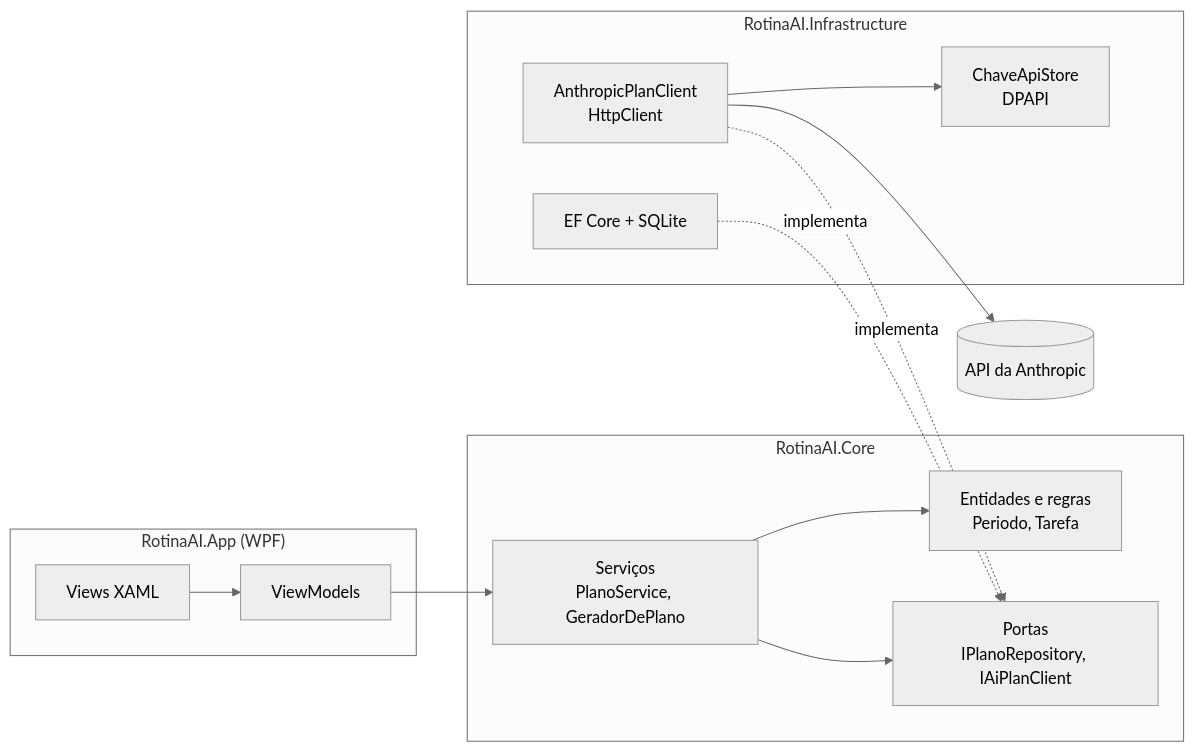
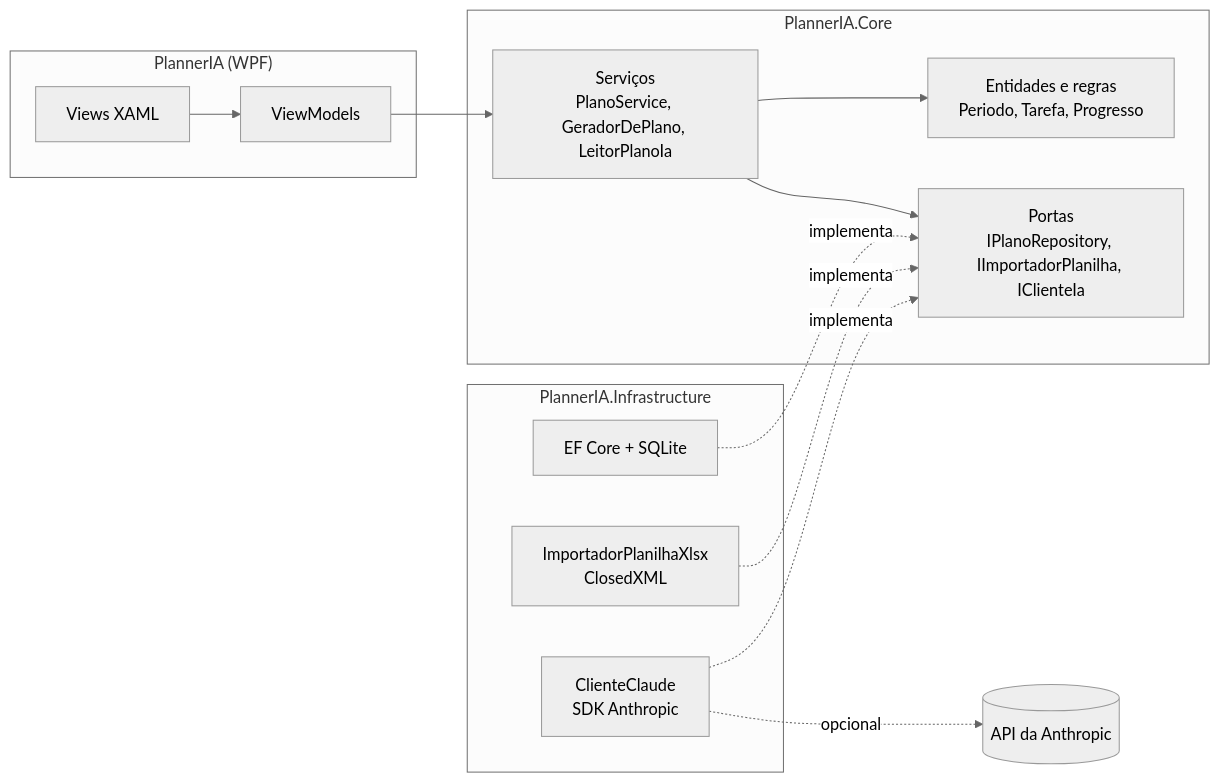
One commit to CarlosEM007/PlannerIA changed the first of 3 diagrams in README.md. Above: the diagram before and after it, drawn with Mermaid (neutral theme). The commit also changed other lines of this file, not shown here.

Commit message:
docs: Atualiza README com arquitetura, como executar e IA opcional; Criado seções sobre Claude CLI, chave da API e testes

````diff
--- a/README.md
+++ b/README.md
@@ -46,23 +53,23 @@
 ```mermaid
 flowchart LR
-    subgraph App["RotinaAI.App (WPF)"]
+    subgraph App["PlannerIA (WPF)"]
         V[Views XAML] --> VM[ViewModels]
     end
-    subgraph Core["RotinaAI.Core"]
-        D[Entidades e regras<br/>Periodo, Tarefa]
-        S[Serviços<br/>PlanoService, GeradorDePlano]
-        P[Portas<br/>IPlanoRepository, IAiPlanClient]
+    subgraph Core["PlannerIA.Core"]
+        D[Entidades e regras<br/>Periodo, Tarefa, Progresso]
+        S[Serviços<br/>PlanoService, GeradorDePlano, LeitorPlanoIa]
+        P[Portas<br/>IPlanoRepository, IImportadorPlanilha, IClienteIa]
     end
-    subgraph Infra["RotinaAI.Infrastructure"]
+    subgraph Infra["PlannerIA.Infrastructure"]
         DB[EF Core + SQLite]
-        AI[AnthropicPlanClient<br/>HttpClient]
-        K[ChaveApiStore<br/>DPAPI]
+        X[ImportadorPlanilhaXlsx<br/>ClosedXML]
+        AI[ClienteClaude<br/>SDK Anthropic]
     end
     VM --> S
     S --> D
     S --> P
     DB -. implementa .-> P
+    X -. implementa .-> P
     AI -. implementa .-> P
-    AI --> K
-    AI --> API[(API da Anthropic)]
+    AI -. opcional .-> API[(API da Anthropic)]
 ```
````
